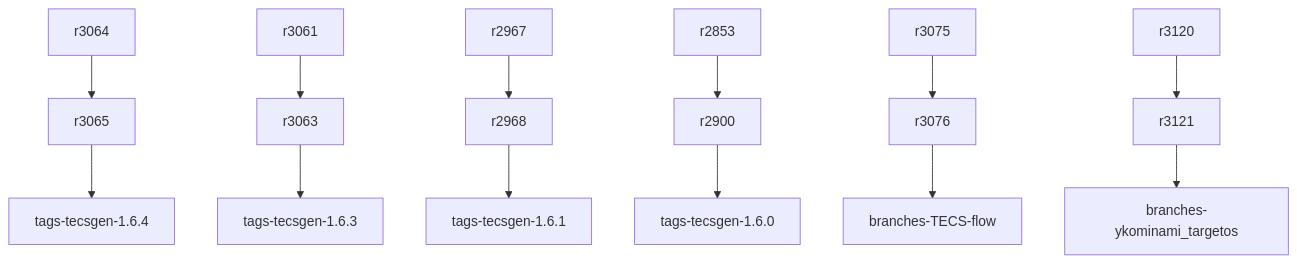
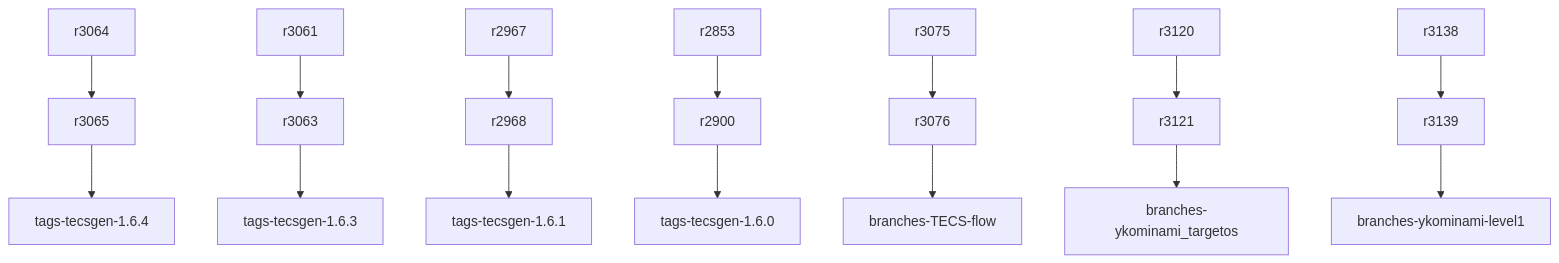
Before and after one commit to ykominami/testxprj: the diagram in tecsgen_B.md, drawn with Mermaid.

````diff
--- a/tecsgen_B.md
+++ b/tecsgen_B.md
@@ -1,18 +1,22 @@
 ```mermaid
 
 graph TD;
   r3065-->tags-tecsgen-1.6.4;
   r3064-->r3065;
   r3063-->tags-tecsgen-1.6.3;
   r3061-->r3063;
   r2968-->tags-tecsgen-1.6.1;
   r2967-->r2968;
   r2900-->tags-tecsgen-1.6.0;
   r2853-->r2900;
   
   r3076-->branches-TECS-flow;
   r3075-->r3076;
 
   r3121-->branches-ykominami_targetos;
   r3120-->r3121;
+
+  r3139-->branches-ykominami-level1;
+  r3138-->r3139;
+
 ```
````
